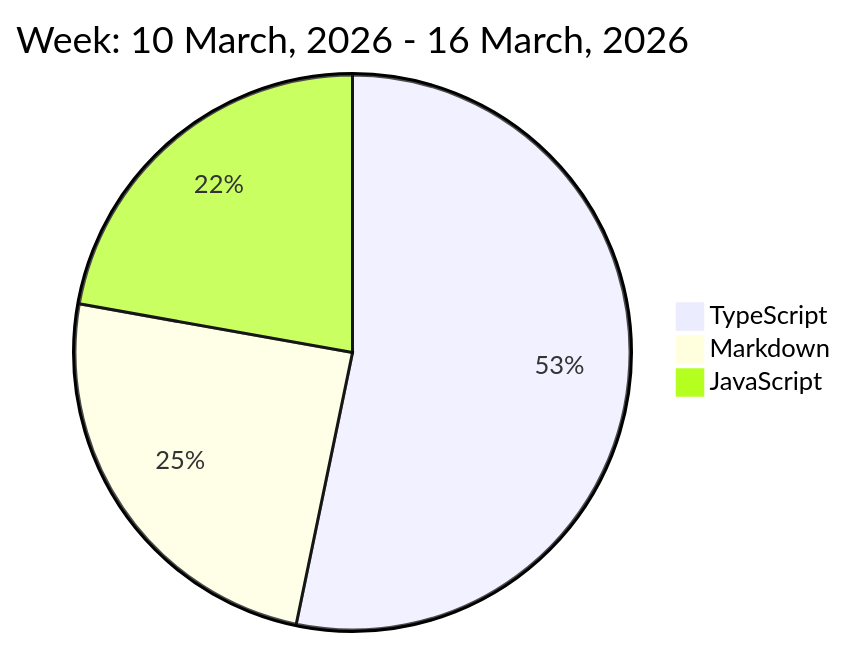
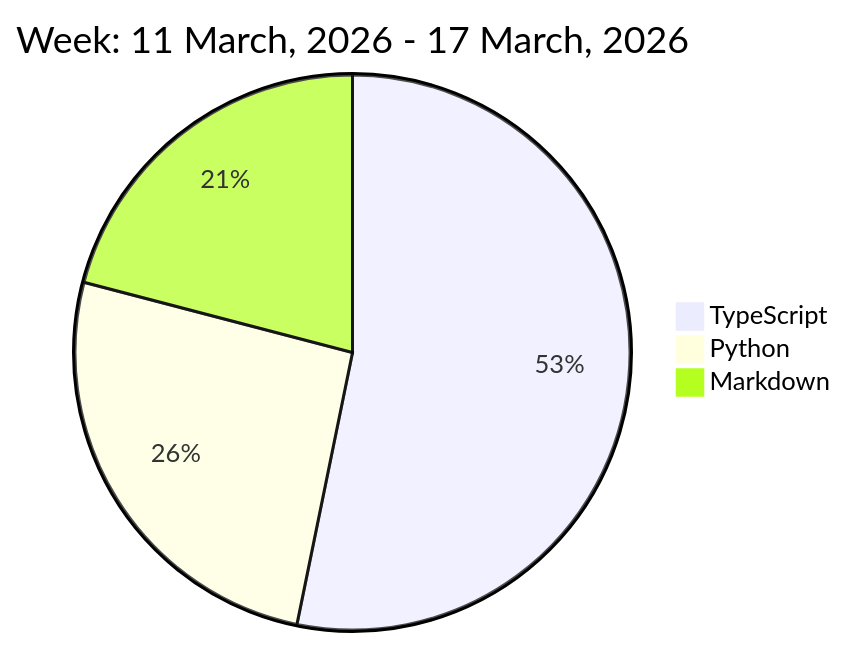
The diagram in README.md (liubin95/liubin95), drawn with Mermaid before and after one commit.

Commit message:
Updated the Graph with new Metrics

````diff
--- a/README.md
+++ b/README.md
@@ -32,7 +32,7 @@
 ```mermaid
  pie
-title Week: 10 March, 2026 - 16 March, 2026
- "TypeScript" : 6.55
- "Markdown" : 3.02
- "JavaScript" : 2.73
+title Week: 11 March, 2026 - 17 March, 2026
+ "TypeScript" : 5.72
+ "Python" : 2.78
+ "Markdown" : 2.25
 ```
````
